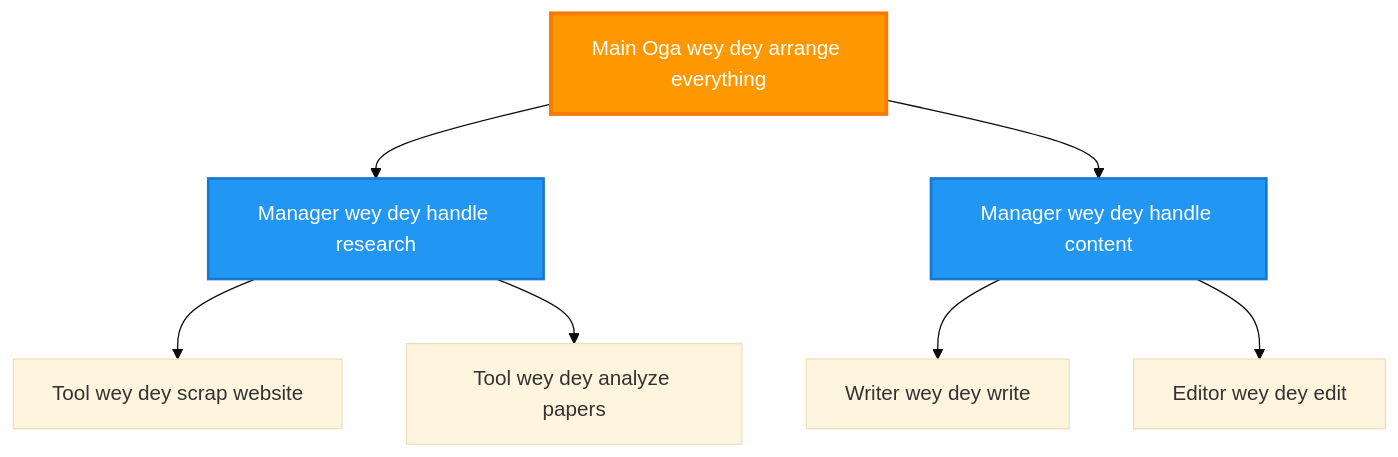
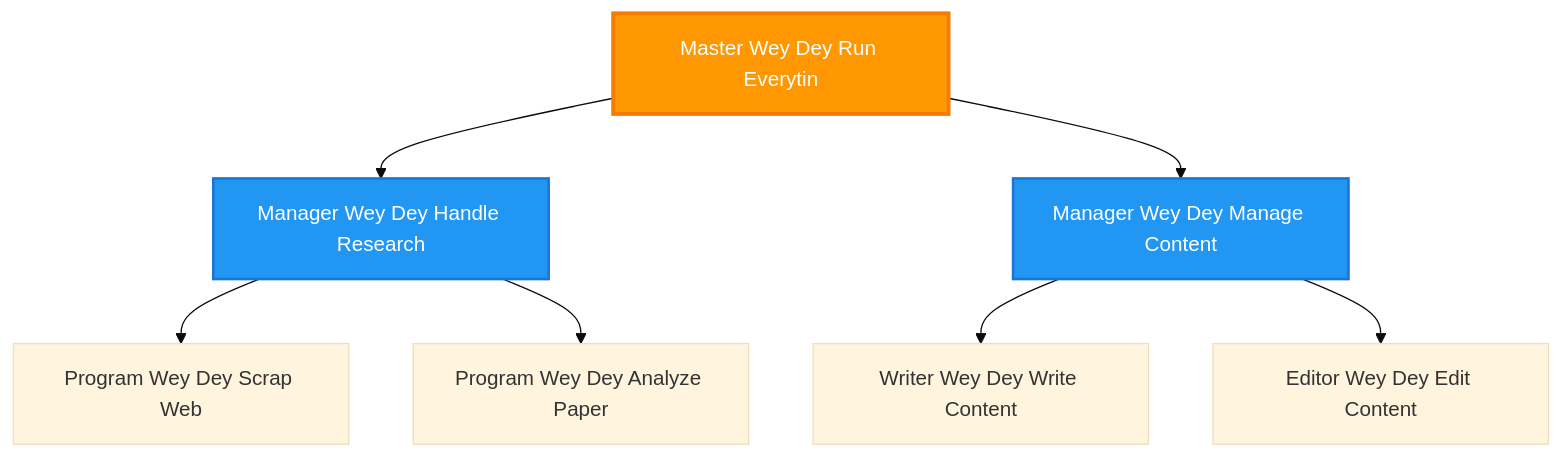
One commit to microsoft/AZD-for-beginners changed the third of 6 diagrams in translations/pcm/docs/chapter-06-pre-deployment/coordination-patterns.md. Above: the diagram before and after it, drawn with Mermaid (base theme). The commit also changed other lines of this file and 101 other files, not shown here.

````diff
--- a/translations/pcm/docs/chapter-06-pre-deployment/coordination-patterns.md
+++ b/translations/pcm/docs/chapter-06-pre-deployment/coordination-patterns.md
@@ -149,21 +143,21 @@
 ```mermaid
 graph TB
-    Master[Main Oga wey dey arrange everything]
-    Manager1[Manager wey dey handle research]
-    Manager2[Manager wey dey handle content]
-    W1[Tool wey dey scrap website]
-    W2[Tool wey dey analyze papers]
-    W3[Writer wey dey write]
-    W4[Editor wey dey edit]
+    Master[Master Wey Dey Run Everytin]
+    Manager1[Manager Wey Dey Handle Research]
+    Manager2[Manager Wey Dey Manage Content]
+    W1[Program Wey Dey Scrap Web]
+    W2[Program Wey Dey Analyze Paper]
+    W3[Writer Wey Dey Write Content]
+    W4[Editor Wey Dey Edit Content]
     
     Master --> Manager1
     Master --> Manager2
     Manager1 --> W1
     Manager1 --> W2
     Manager2 --> W3
     Manager2 --> W4
     
     style Master fill:#FF9800,stroke:#F57C00,stroke-width:3px,color:#fff
     style Manager1 fill:#2196F3,stroke:#1976D2,stroke-width:2px,color:#fff
     style Manager2 fill:#2196F3,stroke:#1976D2,stroke-width:2px,color:#fff
 ```
````
